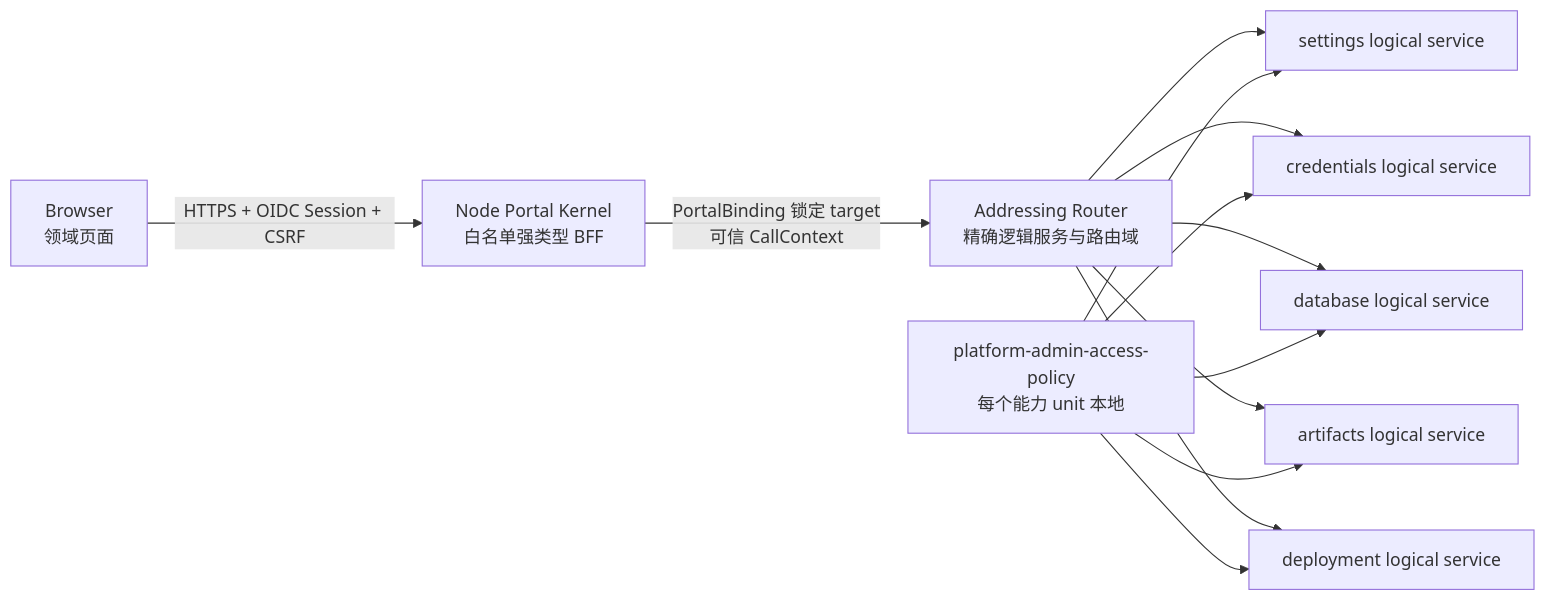
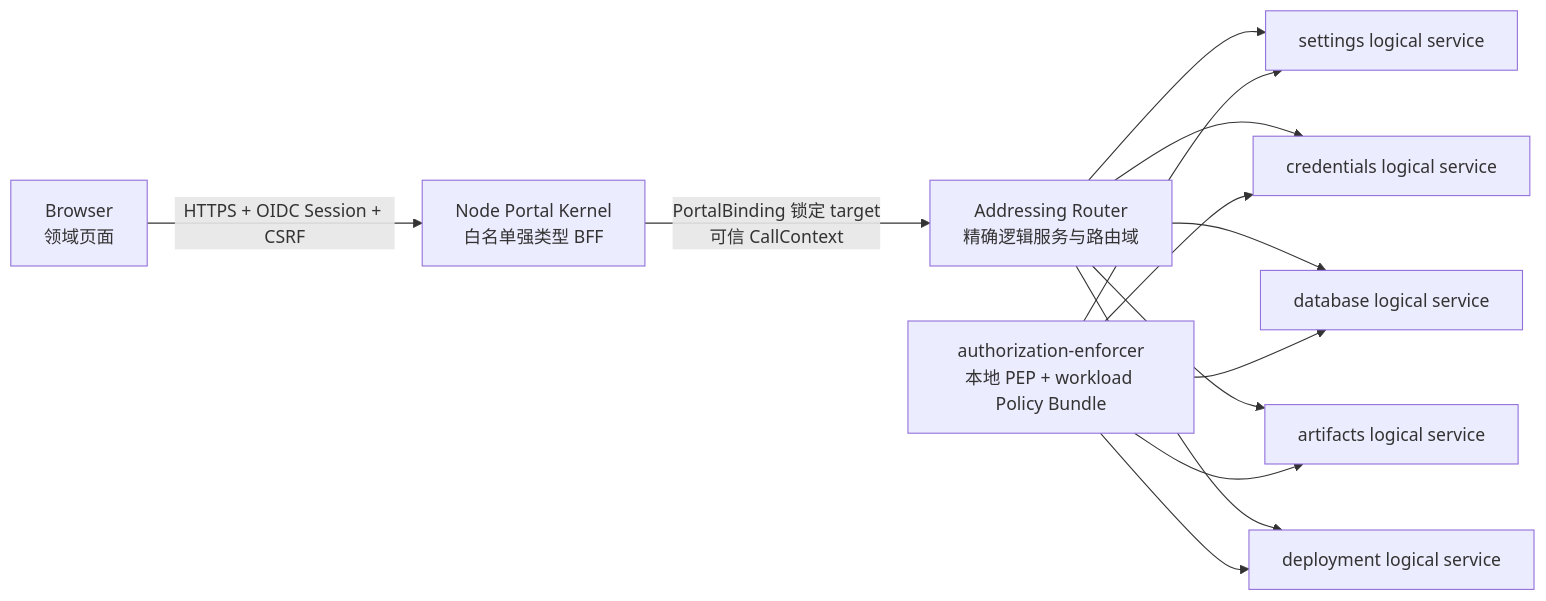
One commit to yandt/VastPlan changed the diagram in docs/dev/architecture/平台管理中心.md. Above: the diagram before and after it, drawn with Mermaid. The commit also changed other lines of this file and 100 other files, not shown here.

````diff
--- a/docs/dev/architecture/平台管理中心.md
+++ b/docs/dev/architecture/平台管理中心.md
@@ -11,15 +11,15 @@
 ```mermaid
 flowchart LR
   B["Browser\n领域页面"] -->|"HTTPS + OIDC Session + CSRF"| E["Node Portal Kernel\n白名单强类型 BFF"]
   E -->|"PortalBinding 锁定 target\n可信 CallContext"| R["Addressing Router\n精确逻辑服务与路由域"]
   R --> S["settings logical service"]
   R --> C["credentials logical service"]
   R --> D["database logical service"]
   R --> A["artifacts logical service"]
   R --> M["deployment logical service"]
-  P["platform-admin-access-policy\n每个能力 unit 本地"] --> S
+  P["authorization-enforcer\n本地 PEP + workload Policy Bundle"] --> S
   P --> C
   P --> D
   P --> A
   P --> M
 ```
````
